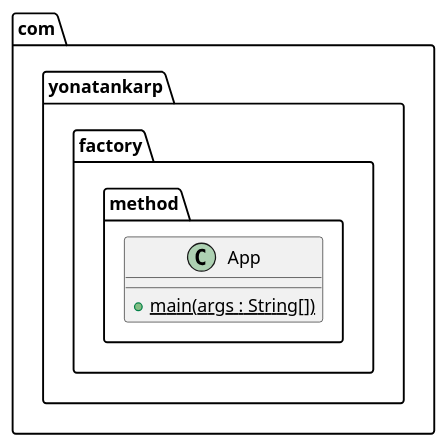
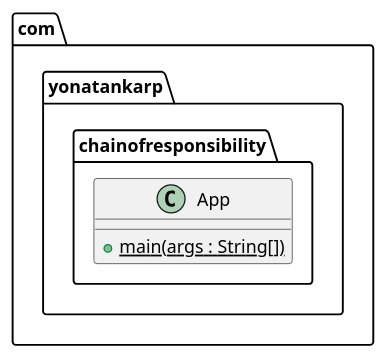
Before and after one commit to yonatankarp/kotlin-design-patterns: the diagram in chain-of-responsibility/etc/chain-of-responsibility.puml, drawn with PlantUML. The commit also changed 19 other files, not shown here.

```diff
--- a/chain-of-responsibility/etc/chain-of-responsibility.puml
+++ b/chain-of-responsibility/etc/chain-of-responsibility.puml
@@ -1,7 +1,7 @@
 @startuml
-package com.yonatankarp.factory.method {
+package com.yonatankarp.chainofresponsibility {
   class App {
     + main(args : String[]) {static}
   }
 }
 @enduml
```
